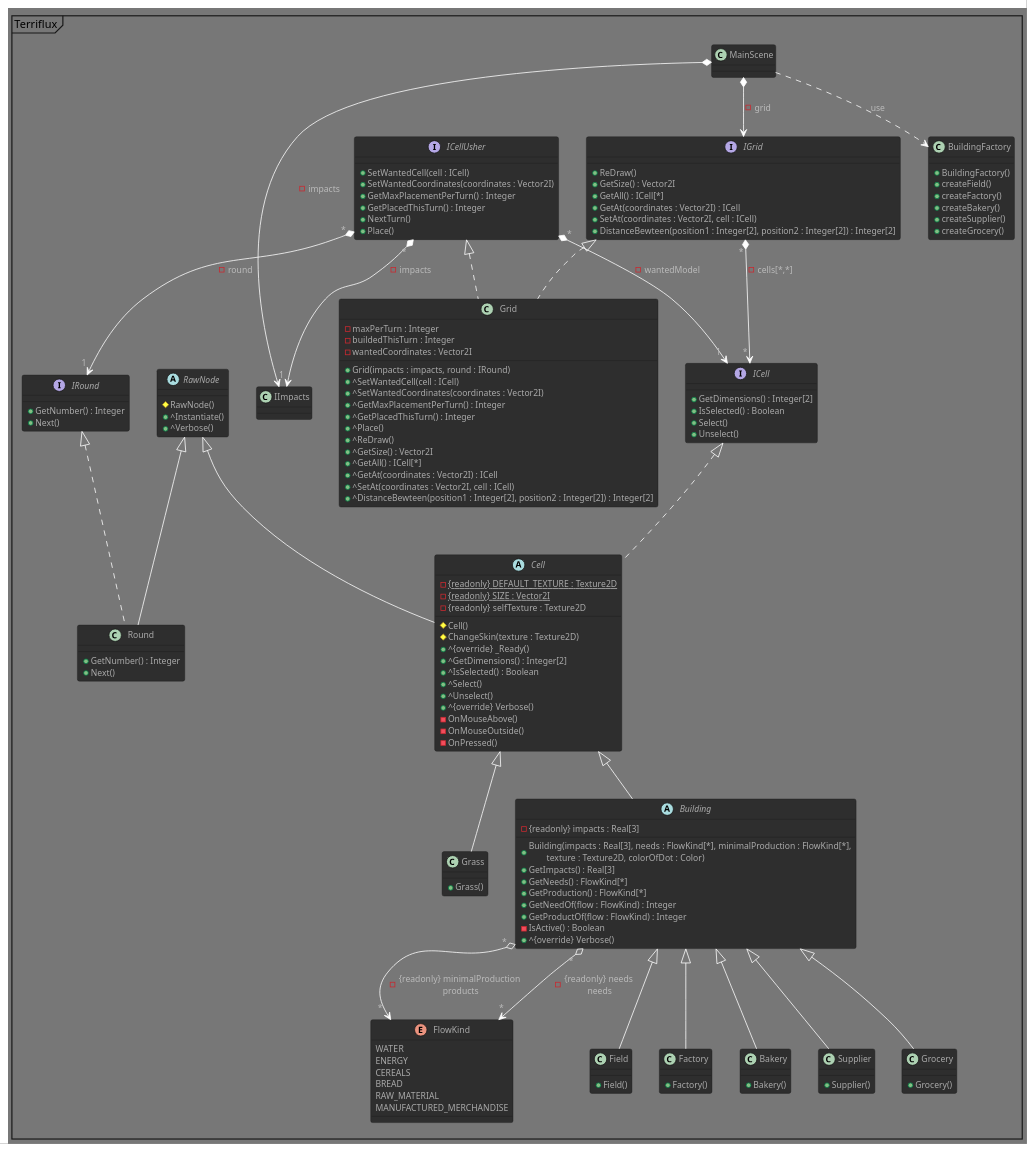
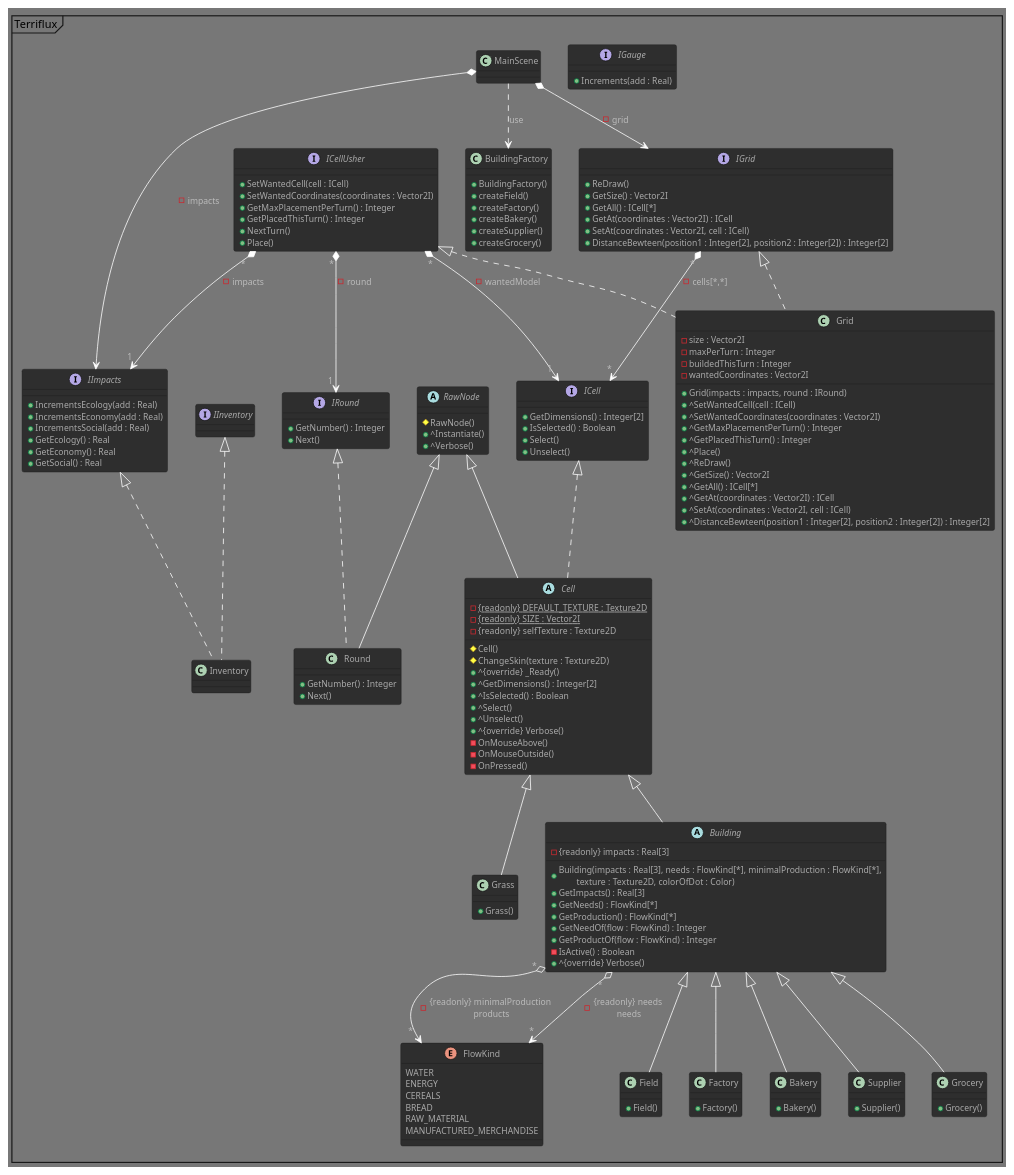
One commit to Spidermatou/Terriflux changed the diagram in Terriflux.puml. Above: the diagram before and after it, drawn with PlantUML.

Commit message:
start inventory design

```diff
--- a/Terriflux.puml
+++ b/Terriflux.puml
@@ -1,166 +1,190 @@
 @startuml Terriflux
 !theme reddress-darkgreen
 
 mainframe Terriflux
 
 /' MAIN SCENE '/
 class MainScene
 {
 
 }
 MainScene *--> IImpacts : - impacts
 MainScene *--> IGrid : - grid
 MainScene ..> BuildingFactory : use  /' Via la PlacementList '/
 
 /' GENERAL '/
 /' Any node of our own creation '/
 abstract RawNode  /' extends Godot.Node '/
 {
     # RawNode() /' this.Name = this.getClass().ToString() '/ 
     + ^Instantiate() /' (RawNode) GD.Load<PackedScene>(chemin_vers_noeud + noeud.Name) '/
     + ^Verbose()
 }
 
 /' CELLS '/
 interface ICell 
 {
     + GetDimensions() : Integer[2] /' VectorI(x, y) '/
     + IsSelected() : Boolean
     + Select()
     + Unselect() /' TODO - actuel ResetTexture '/
 }
 abstract Cell extends RawNode implements ICell
 {
     - {static} {readonly} DEFAULT_TEXTURE : Texture2D
     - {static} {readonly} SIZE : Vector2I 
     - {readonly} selfTexture : Texture2D
     # Cell()
     # ChangeSkin(texture : Texture2D)
     + ^{override} _Ready() /' ChangeSkin() '/
     + ^GetDimensions() : Integer[2] 
     + ^IsSelected() : Boolean
     + ^Select()
     + ^Unselect() 
     + ^{override} Verbose()
     - OnMouseAbove()
     - OnMouseOutside()
     - OnPressed()
 }
 class Grass extends Cell
 {
     + Grass() 
 }
 abstract Building extends Cell
 {
     - {readonly} impacts : Real[3]
     + Building(impacts : Real[3], needs : FlowKind[*], minimalProduction : FlowKind[*],\n\ttexture : Texture2D, colorOfDot : Color)
     + GetImpacts() : Real[3]
     + GetNeeds() : FlowKind[*]
     + GetProduction() : FlowKind[*]     /' minimal product '/
     + GetNeedOf(flow : FlowKind) : Integer
     + GetProductOf(flow : FlowKind) : Integer        /' minimal product '/
     - IsActive() : Boolean /' will produce sth this turn '/
     + ^{override} Verbose()
 }
 /' needs & minimalProduction = (FlowKind, Integer)[*] '/
 Building" * " o--> " * "FlowKind : - {readonly} needs \n needs      
 Building" * " o--> " * "FlowKind : - {readonly} minimalProduction \n products
 enum FlowKind
 {
     WATER
     ENERGY
     CEREALS
     BREAD
     RAW_MATERIAL
     MANUFACTURED_MERCHANDISE
 }
 class Field extends Building
 {
     + Field()       /' 1.5, 4.0, -2.0; WATER,1 ; CEREALS,2 ; #Ce517b '/
 }
 class Factory extends Building
 {
     + Factory()    /' 8.5, -23.0, -11.8 ; WATER,3, ENERGY,7, RAW_MATERIAL,4 ; MANUFACTURED_MERCHANDISE,5 ; #Ce7651 '/
 }
 class Bakery extends Building
 {
     + Bakery()      /' 3.0, -1.0, -4.0 ; WATER,2, ENERGY,1, CEREALS,2 ; BREAD,3 ; #Ceb851 '/
 }
 class Supplier extends Building
 {
     + Supplier()        /' 2.5, -2.0, -5.0 ; ; WATER,5, ENERGY,6 ; #51ce60 '/
 }
 class Grocery extends Building
 {
     + Grocery()         /' 15.0, -2.5, -2.5 ; MANUFACTURED_MERCHANDISE,3, ENERGY,1 ; #51ceb4 '/
 }
 class BuildingFactory
 {
     + BuildingFactory()
     + createField()
     + createFactory()
     + createBakery()
     + createSupplier()
     + createGrocery()
 }
 
 /' ROUNDS '/
 interface IRound
 {
     + GetNumber() : Integer
     + Next()
 }
 class Round extends RawNode implements IRound
 {
     + GetNumber() : Integer
     + Next()
 }
 
 /' GRID '/
 interface IGrid
 {
     + ReDraw()              /' old update() & forceUpdate() '/  
     + GetSize() : Vector2I
     + GetAll() : ICell[*]       /' (ICell, Vector2I)[*] '/
     + GetAt(coordinates : Vector2I) : ICell
     + SetAt(coordinates : Vector2I, cell : ICell)
     + DistanceBewteen(position1 : Integer[2], position2 : Integer[2]) : Integer[2] /' Tuple<int, int> '/
 }
 IGrid" * " *--> " * "ICell : - cells[*,*] 
 /' gere uniquement le placement de cellule (et donc batiments) 
 et les operations qui le precedent/suivent (choix du type, des coordonnees, etc) '/
 interface ICellUsher  
 {
     + SetWantedCell(cell : ICell)
     + SetWantedCoordinates(coordinates : Vector2I)
     + GetMaxPlacementPerTurn() : Integer
     + GetPlacedThisTurn() : Integer
     + NextTurn()
     + Place()   /' Confirm the placement - old StartPlacement() '/
 }
 ICellUsher" * " *--> " 1 "ICell : - wantedModel 
 ICellUsher" * " *--> " 1 "IImpacts : - impacts 
 ICellUsher" * " *--> " 1 "IRound : - round 
 class Grid implements IGrid, ICellUsher
 {
+    - size : Vector2I
     - maxPerTurn : Integer
     - buildedThisTurn : Integer
     - wantedCoordinates : Vector2I
     + Grid(impacts : impacts, round : IRound)
     + ^SetWantedCell(cell : ICell)
     + ^SetWantedCoordinates(coordinates : Vector2I)
     + ^GetMaxPlacementPerTurn() : Integer
     + ^GetPlacedThisTurn() : Integer
     + ^Place()
     + ^ReDraw()             
     + ^GetSize() : Vector2I
     + ^GetAll() : ICell[*]       
     + ^GetAt(coordinates : Vector2I) : ICell
     + ^SetAt(coordinates : Vector2I, cell : ICell)
     + ^DistanceBewteen(position1 : Integer[2], position2 : Integer[2]) : Integer[2]
 }
 
+/' INVENTORY & IMPACTS '/
+interface IImpacts
+{
+    + IncrementsEcology(add : Real)
+    + IncrementsEconomy(add : Real)
+    + IncrementsSocial(add : Real)
+    + GetEcology() : Real
+    + GetEconomy() : Real
+    + GetSocial() : Real
+}
+
+interface IGauge
+{
+    + Increments(add : Real)
+}
 
 
+interface IInventory /' ancien node Impact avec acces inventaire ET jauges, mais renommé '/
+/' -- TODO -- '/
+class Inventory implements  IImpacts, IInventory
+/' -- TODO -- '/
+
+
+/' MESSAGE to user '/
+/' -- TODO -- '/
 
 @enduml
```
